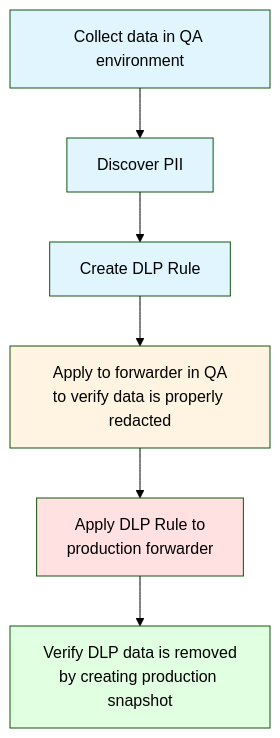
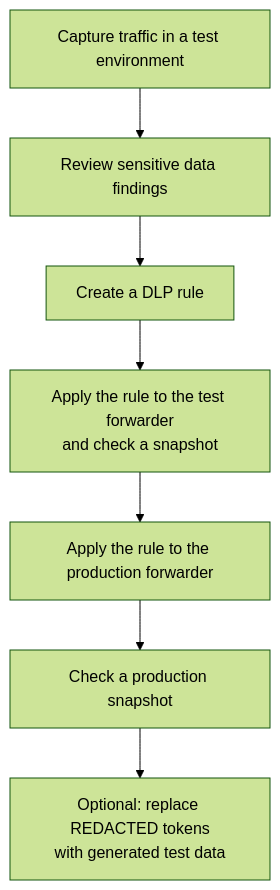
Before and after one commit to speedscale/docs: the diagram in docs/guides/dlp/index.md, drawn with Mermaid (forest theme). The commit also changed other lines of this file and 9 other files, not shown here.

First line of the commit message:
Reorganize the DLP guide around what a rule actually does (S-14459)

````diff
--- a/docs/guides/dlp/index.md
+++ b/docs/guides/dlp/index.md
@@ -35,15 +29,9 @@
 ```mermaid
 flowchart TD
-    A[Collect data in QA environment] --> B[Discover PII]
-    B --> C[Create DLP Rule]
-    C --> D[Apply to forwarder in QA<br/>to verify data is properly redacted]
-    D --> E[Apply DLP Rule to<br/>production forwarder]
-    E --> F[Verify DLP data is removed<br/>by creating production snapshot]
-    
-    style A fill:#e1f5ff
-    style B fill:#e1f5ff
-    style C fill:#e1f5ff
-    style D fill:#fff4e1
-    style E fill:#ffe1e1
-    style F fill:#e1ffe1
+    A[Capture traffic in a test environment] --> B[Review sensitive data findings]
+    B --> C[Create a DLP rule]
+    C --> D[Apply the rule to the test forwarder<br/>and check a snapshot]
+    D --> E[Apply the rule to the production forwarder]
+    E --> F[Check a production snapshot]
+    F --> G[Optional: replace REDACTED tokens<br/>with generated test data]
 ```
````
